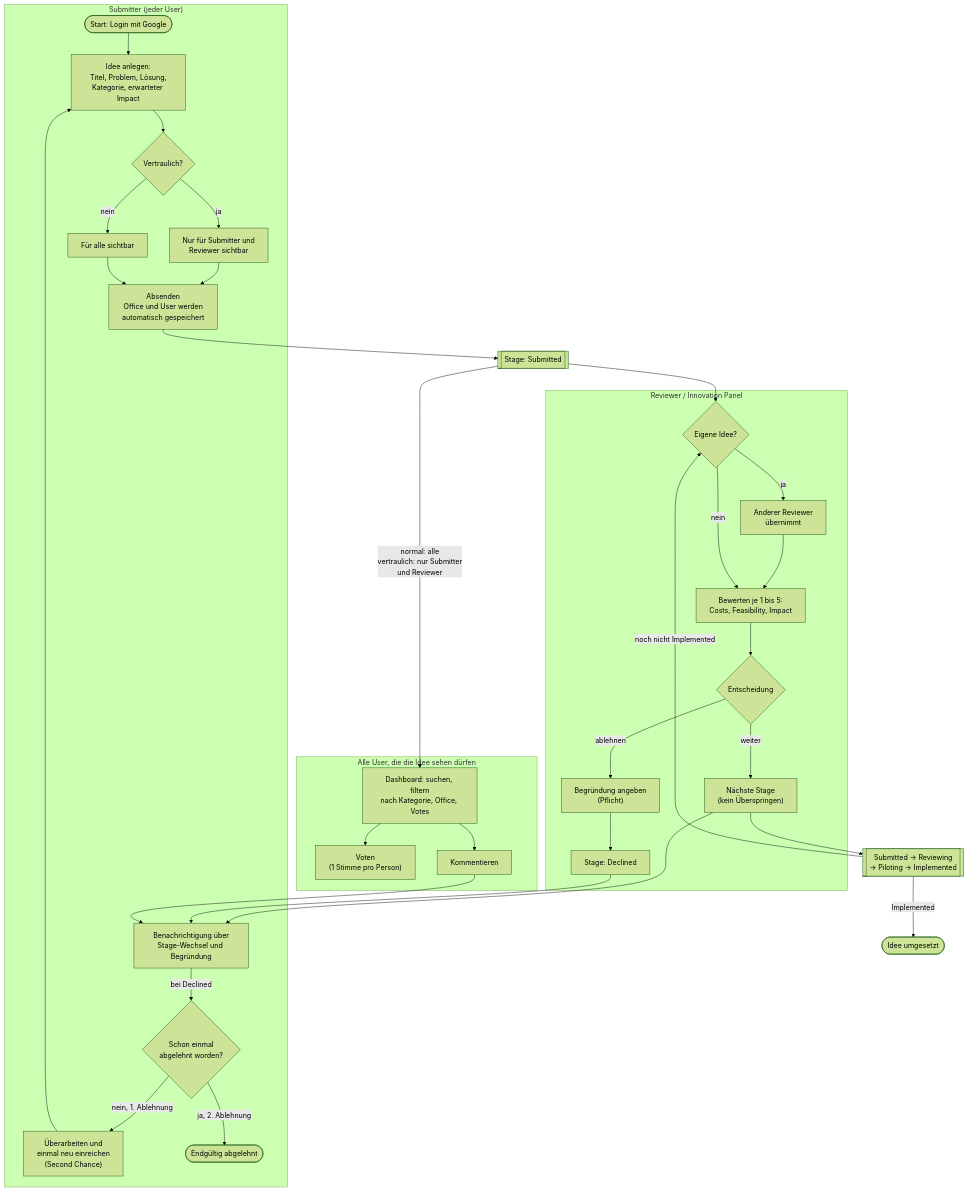
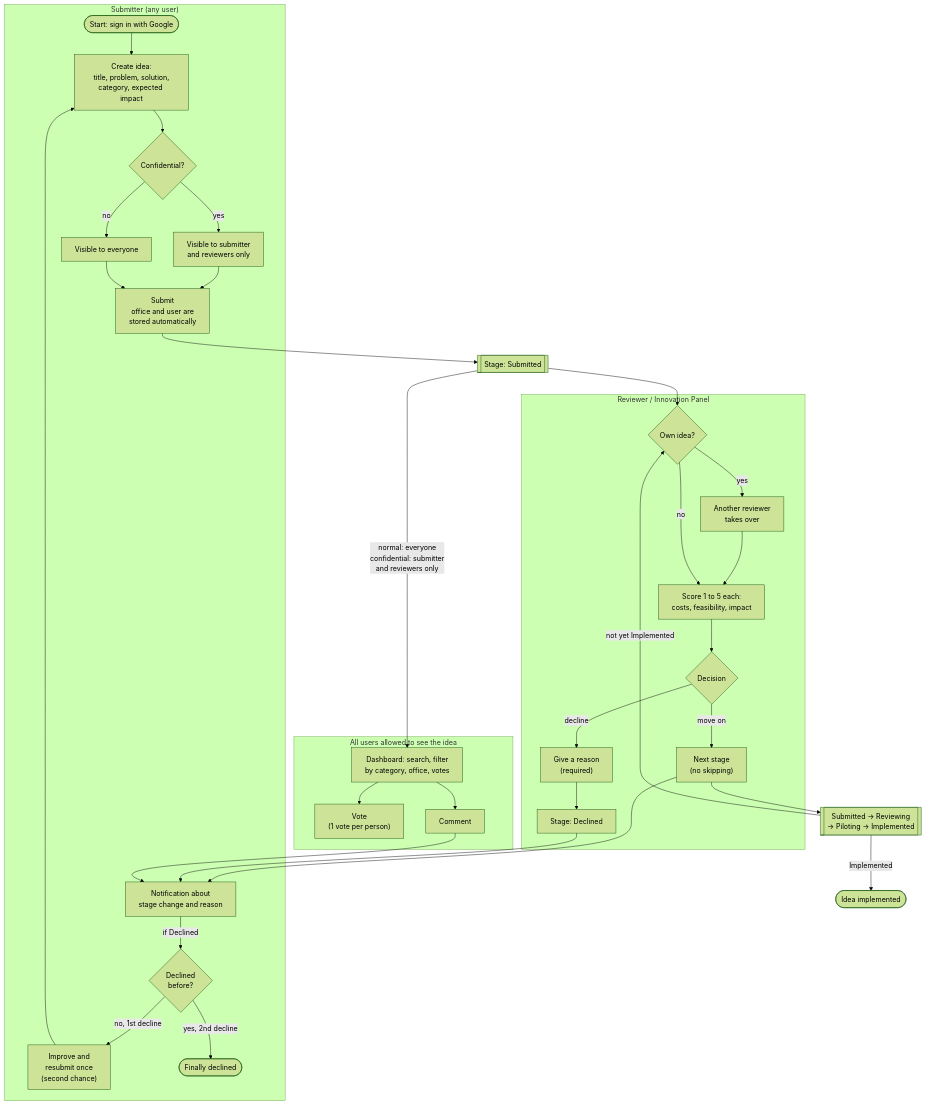
One commit to mistakanista/ideaforge changed the second of 5 diagrams in design/UserJourney/userJourney.md. Above: the diagram before and after it, drawn with Mermaid (forest theme). The commit also changed other lines of this file, not shown here.

Commit message:
translate user journey to english

````diff
--- a/design/UserJourney/userJourney.md
+++ b/design/UserJourney/userJourney.md
@@ -74,46 +74,46 @@
 ```mermaid
 flowchart TD
-    subgraph SUB["Submitter (jeder User)"]
-        A([Start: Login mit Google]) --> B["Idee anlegen:<br/>Titel, Problem, Lösung,<br/>Kategorie, erwarteter Impact"]
-        B --> C{"Vertraulich?"}
-        C -- ja --> C1["Nur für Submitter und<br/>Reviewer sichtbar"]
-        C -- nein --> C2["Für alle sichtbar"]
-        C1 --> D["Absenden<br/>Office und User werden<br/>automatisch gespeichert"]
+    subgraph SUB["Submitter (any user)"]
+        A([Start: sign in with Google]) --> B["Create idea:<br/>title, problem, solution,<br/>category, expected impact"]
+        B --> C{"Confidential?"}
+        C -- yes --> C1["Visible to submitter<br/>and reviewers only"]
+        C -- no --> C2["Visible to everyone"]
+        C1 --> D["Submit<br/>office and user are<br/>stored automatically"]
         C2 --> D
-        N1["Benachrichtigung über<br/>Stage-Wechsel und Begründung"]
-        R1{"Schon einmal<br/>abgelehnt worden?"}
-        R1 -- "nein, 1. Ablehnung" --> R2["Überarbeiten und<br/>einmal neu einreichen<br/>(Second Chance)"]
-        R1 -- "ja, 2. Ablehnung" --> X([Endgültig abgelehnt])
+        N1["Notification about<br/>stage change and reason"]
+        R1{"Declined<br/>before?"}
+        R1 -- "no, 1st decline" --> R2["Improve and<br/>resubmit once<br/>(second chance)"]
+        R1 -- "yes, 2nd decline" --> X([Finally declined])
         R2 --> B
     end
 
-    subgraph ALL["Alle User, die die Idee sehen dürfen"]
-        E["Dashboard: suchen, filtern<br/>nach Kategorie, Office, Votes"]
-        F["Voten<br/>(1 Stimme pro Person)"]
-        G["Kommentieren"]
+    subgraph ALL["All users allowed to see the idea"]
+        E["Dashboard: search, filter<br/>by category, office, votes"]
+        F["Vote<br/>(1 vote per person)"]
+        G["Comment"]
         E --> F
         E --> G
     end
 
     subgraph REV["Reviewer / Innovation Panel"]
-        H{"Eigene Idee?"}
-        H -- ja --> H1["Anderer Reviewer<br/>übernimmt"]
+        H{"Own idea?"}
+        H -- yes --> H1["Another reviewer<br/>takes over"]
         H1 --> I
-        H -- nein --> I["Bewerten je 1 bis 5:<br/>Costs, Feasibility, Impact"]
-        I --> J{"Entscheidung"}
-        J -- weiter --> K["Nächste Stage<br/>(kein Überspringen)"]
-        J -- ablehnen --> L["Begründung angeben<br/>(Pflicht)"]
+        H -- no --> I["Score 1 to 5 each:<br/>costs, feasibility, impact"]
+        I --> J{"Decision"}
+        J -- move on --> K["Next stage<br/>(no skipping)"]
+        J -- decline --> L["Give a reason<br/>(required)"]
         L --> M["Stage: Declined"]
     end
 
     D --> S1[["Stage: Submitted"]]
-    S1 -- "normal: alle<br/>vertraulich: nur Submitter<br/>und Reviewer" --> E
+    S1 -- "normal: everyone<br/>confidential: submitter<br/>and reviewers only" --> E
     S1 --> H
     K --> S2[["Submitted → Reviewing<br/>→ Piloting → Implemented"]]
-    S2 -- "noch nicht Implemented" --> H
-    S2 -- "Implemented" --> Z([Idee umgesetzt])
+    S2 -- "not yet Implemented" --> H
+    S2 -- "Implemented" --> Z([Idea implemented])
     K --> N1
     M --> N1
     G --> N1
-    N1 -- "bei Declined" --> R1
+    N1 -- "if Declined" --> R1
 ```
````
